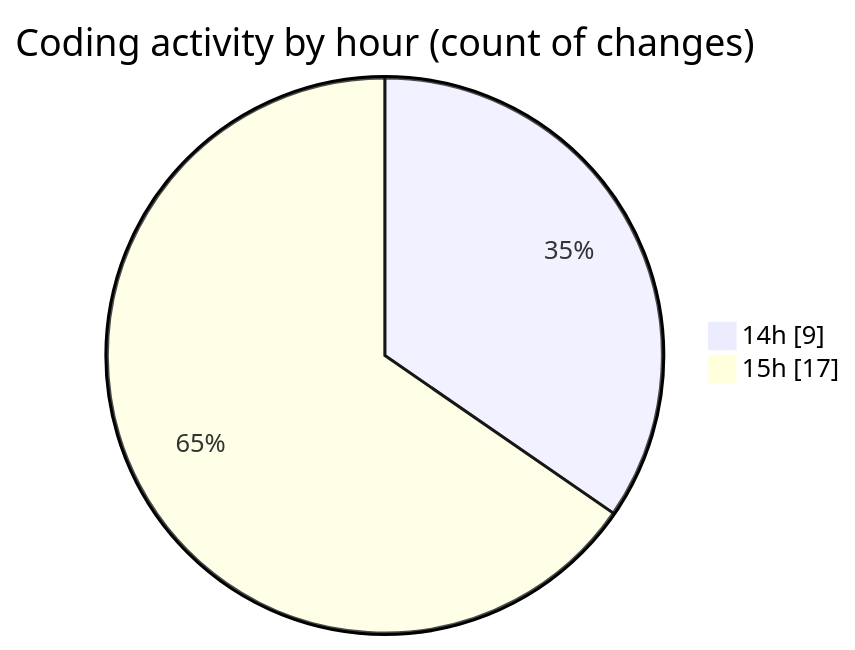
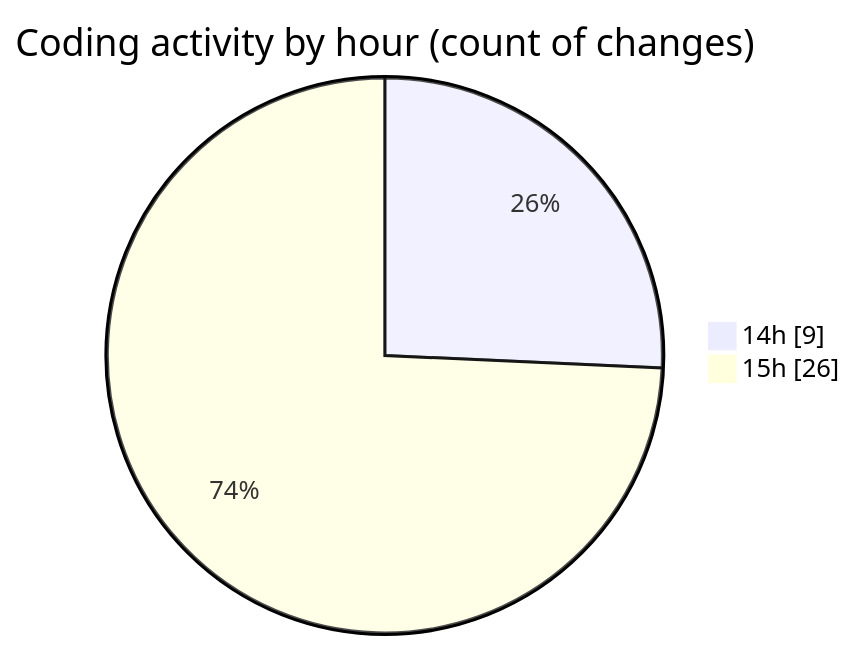
One commit to Ritupan-Deka/code-tracking changed the second of 2 diagrams in 2025-06-17/projects/README.md. Above: the diagram before and after it, drawn with Mermaid. The commit also changed other lines of this file and 1 other file, not shown here.

````diff
--- a/2025-06-17/projects/README.md
+++ b/2025-06-17/projects/README.md
@@ -28,6 +28,6 @@
 ```mermaid
 pie showData
 title Coding activity by hour (count of changes)
 "14h" : 9
-"15h" : 17
+"15h" : 26
 ```
````
